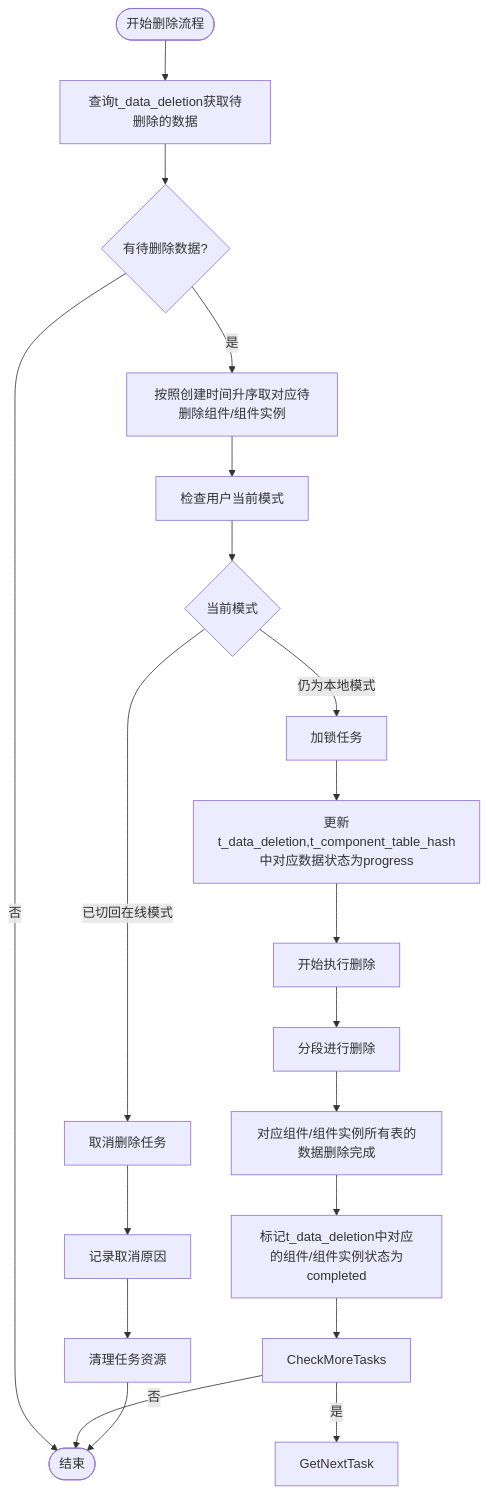
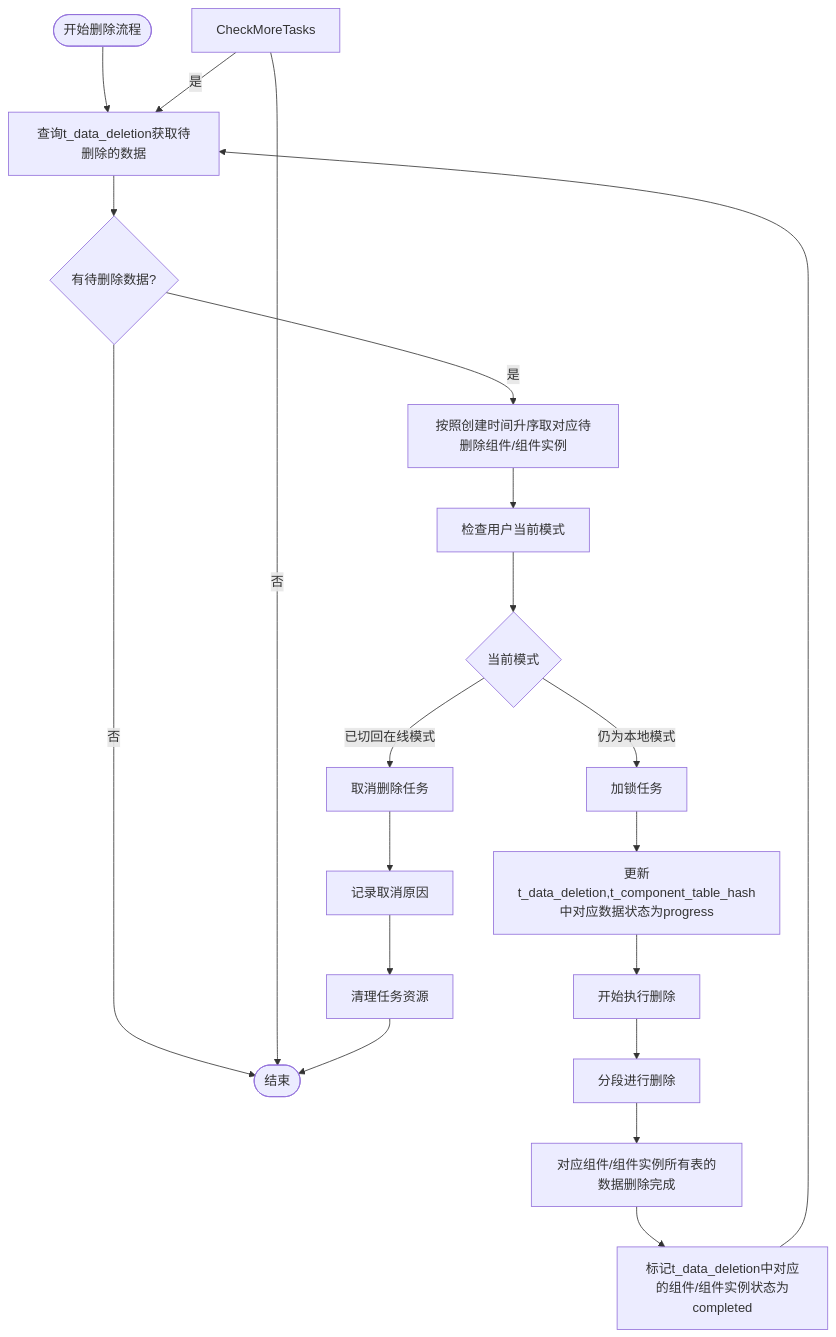
The diagram in all/未命名-51.md (yingjianzh/iodraw-files), drawn with Mermaid before and after one commit.

Commit message:
2025-05-08 15:36:53 update

````diff
--- a/all/未命名-51.md
+++ b/all/未命名-51.md
@@ -1,31 +1,31 @@
 ```mermaid
 flowchart TD
     Start([开始删除流程]) --> FetchTasks[查询t_data_deletion获取待删除的数据]
     FetchTasks --> HasTasks{有待删除数据?}
     
     HasTasks -->|否| End([结束])
     HasTasks -->|是| PrioritizeTasks[按照创建时间升序取对应待删除组件/组件实例]
     
     PrioritizeTasks --> CheckUserMode[检查用户当前模式]
     
     CheckUserMode --> CurrentMode{当前模式}
     CurrentMode -->|已切回在线模式| TaskCancel[取消删除任务]
     CurrentMode -->|仍为本地模式| LockTask[加锁任务]
     
     LockTask --> UpdateStatus[更新t_data_deletion,t_component_table_hash中对应数据状态为progress]
     UpdateStatus --> BeginDeletion[开始执行删除]
     
     BeginDeletion --> A[分段进行删除]
     
     A --> B[对应组件/组件实例所有表的数据删除完成]
     B --> MarkCompleted[标记t_data_deletion中对应的组件/组件实例状态为completed]
     
     TaskCancel --> LogCancellation[记录取消原因]
     LogCancellation --> CleanupTask[清理任务资源]
     
-    MarkCompleted --> 
-    CheckMoreTasks -->|是| GetNextTask
+    MarkCompleted --> FetchTasks
+    CheckMoreTasks -->|是| FetchTasks
     CheckMoreTasks -->|否| End
     
     CleanupTask --> End
 ```
````
